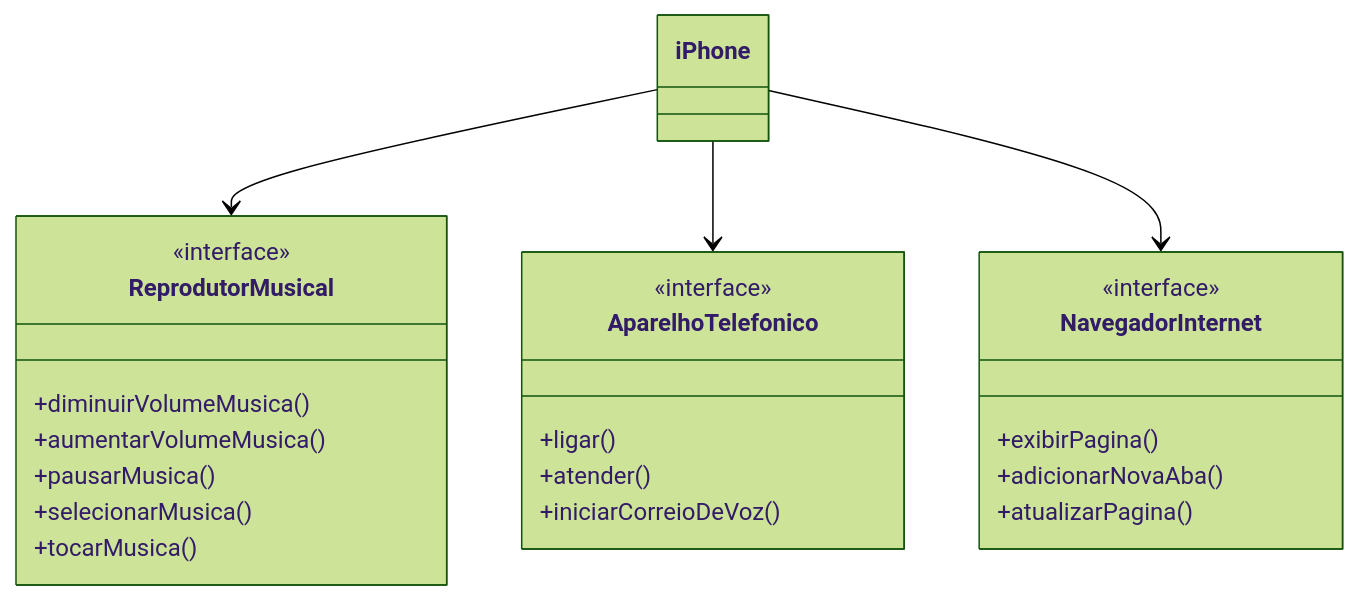
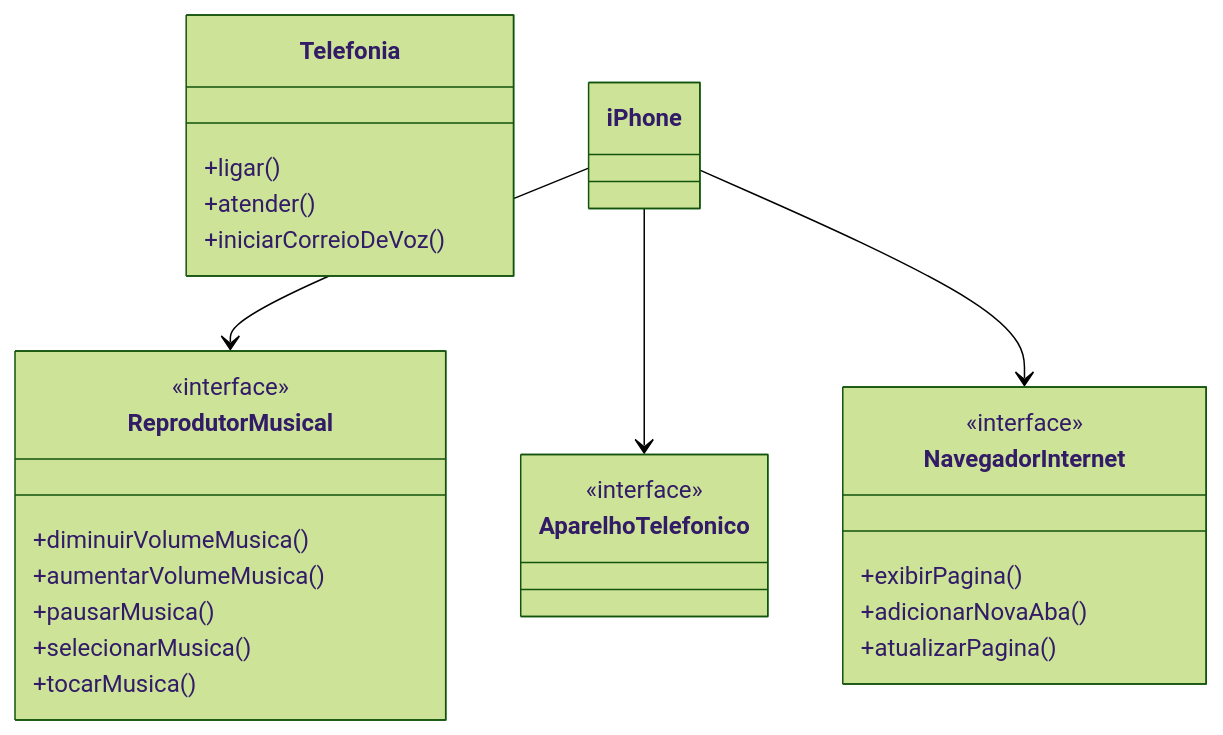
The diagram in README.md (WitorDias/dio-trilha-java-desafio-uml), drawn with Mermaid (forest theme) before and after one commit.

Commit message:
Update README.md
correções no diagrama

````diff
--- a/README.md
+++ b/README.md
@@ -4,38 +4,38 @@
 ```mermaid
 classDiagram
     class ReprodutorMusical {
         +diminuirVolumeMusica()
         +aumentarVolumeMusica()
         +pausarMusica()
         +selecionarMusica()
         +tocarMusica()
     }
 
-    class AparelhoTelefonico {
+    class Telefonia {
         +ligar()
         +atender()
         +iniciarCorreioDeVoz()
     }
 
     class NavegadorInternet {
         +exibirPagina()
         +adicionarNovaAba()
         +atualizarPagina()
     }
 
     class iPhone {
     }
 
     iPhone --> ReprodutorMusical
     iPhone --> AparelhoTelefonico
     iPhone --> NavegadorInternet
 
 class ReprodutorMusical
 <<interface>> ReprodutorMusical
 
 class AparelhoTelefonico
 <<interface>> AparelhoTelefonico
 
 class NavegadorInternet
 <<interface>> NavegadorInternet
 ```
````
